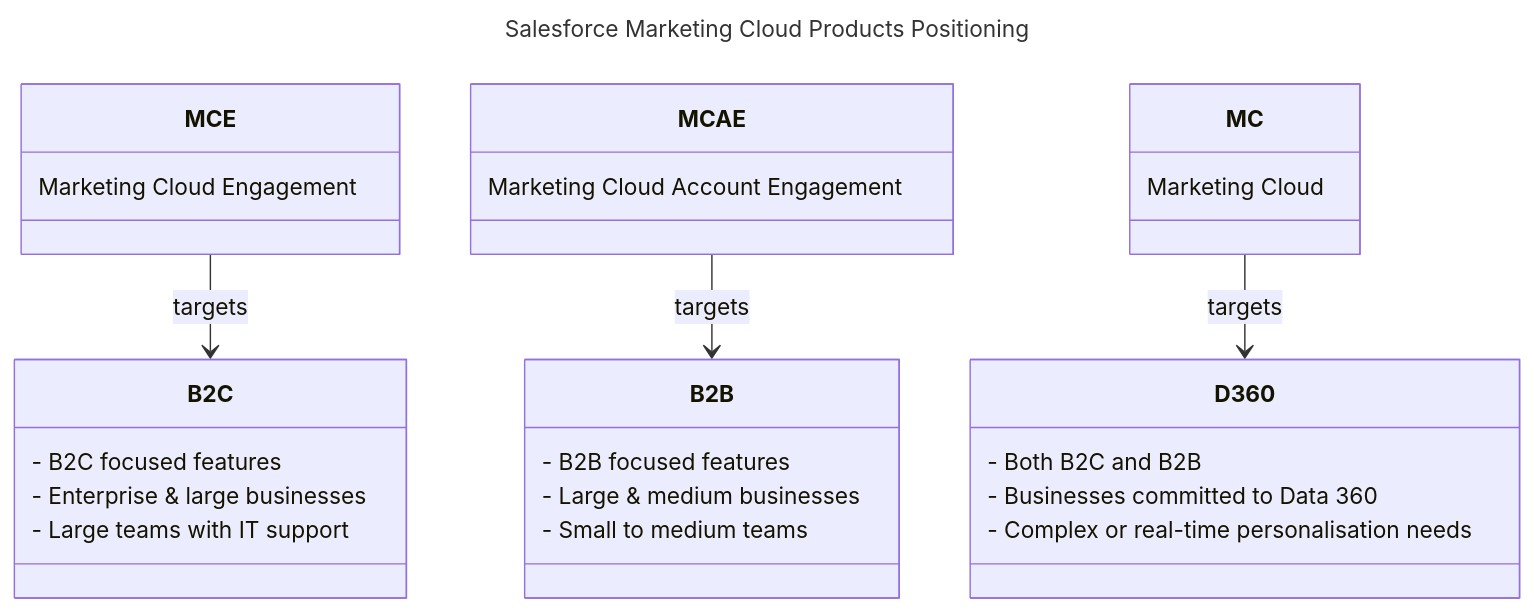
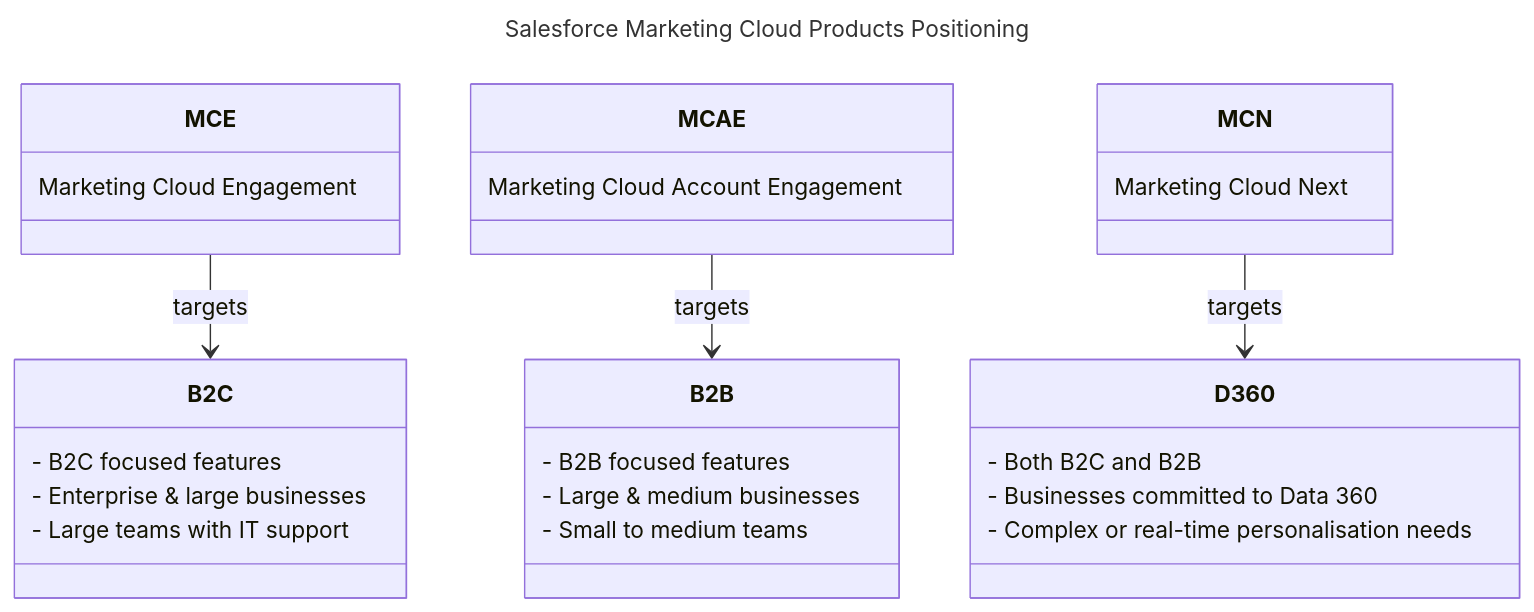
Before and after one commit to MateuszDabrowski/mateuszdabrowski.pl: the diagram in sites/faq/salesforce/what-is-the-difference-between-sf-marketing-clouds.mdx, drawn with Mermaid. The commit also changed other lines of this file, not shown here.

Commit message:
Updates to MCE vs MCAE vs MCN article

````diff
--- a/sites/faq/salesforce/what-is-the-difference-between-sf-marketing-clouds.mdx
+++ b/sites/faq/salesforce/what-is-the-difference-between-sf-marketing-clouds.mdx
@@ -58,39 +58,39 @@
 ```mermaid
 ---
 title: Salesforce Marketing Cloud Products Positioning
 ---
 classDiagram
 
     %% Platform Classes
     class MCE {
       Marketing Cloud Engagement
     }
     class MCAE {
       Marketing Cloud Account Engagement
     }
-    class MC {
-      Marketing Cloud
+    class MCN {
+      Marketing Cloud Next
     }
 
     %% Target Audience Classes
     class B2C {
       - B2C focused features
       - Enterprise & large businesses
       - Large teams with IT support
     }
     class B2B {
       - B2B focused features
       - Large & medium businesses
       - Small to medium teams
     }
     class D360 {
       - Both B2C and B2B
       - Businesses committed to Data 360
       - Complex or real-time personalisation needs
     }
 
     %% Define Relationships between Platforms and their Audiences
     MCE --> B2C : targets
     MCAE --> B2B : targets
-    MC --> D360 : targets
+    MCN --> D360 : targets
 ```
````
